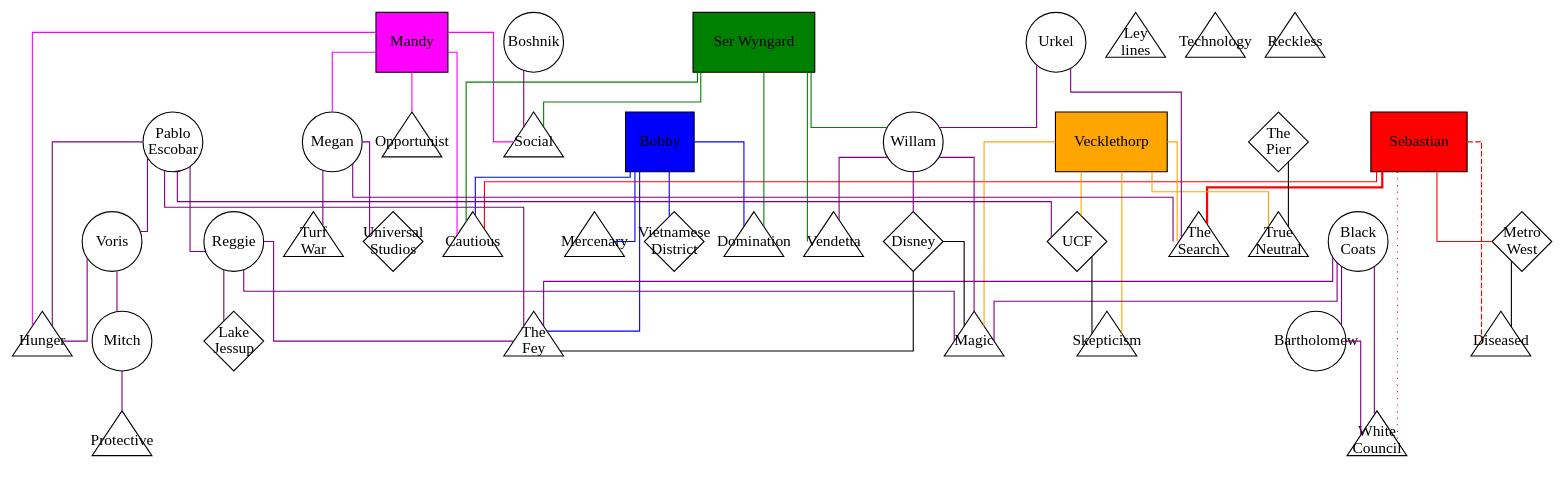
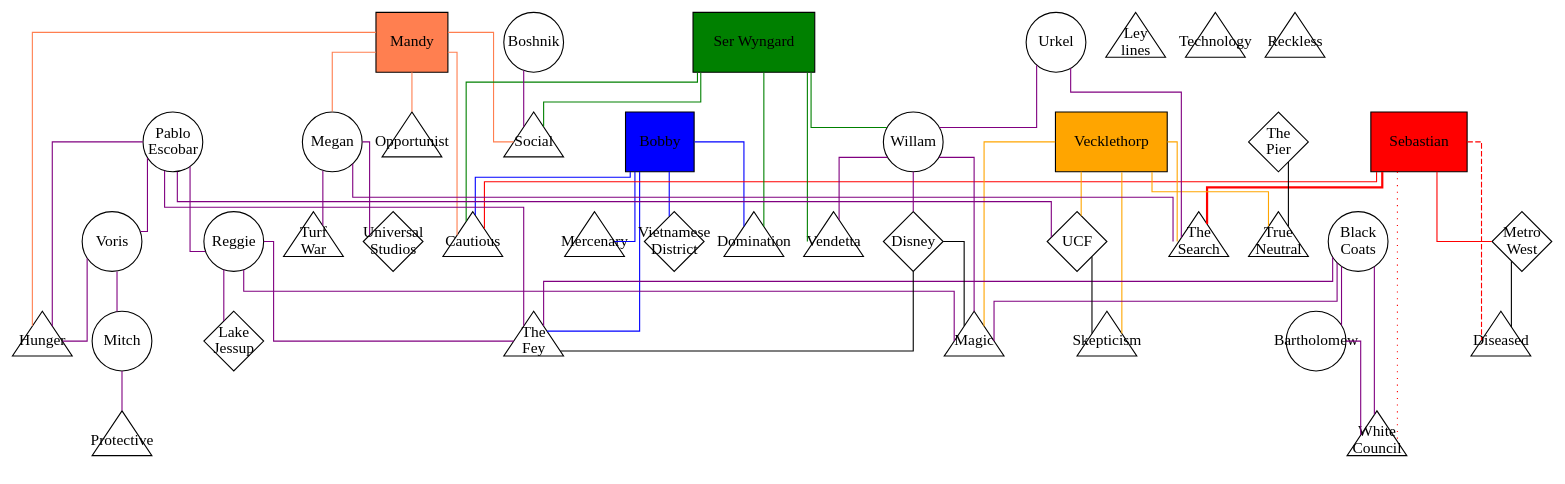
Before and after one commit to stevenvergenz/vergenz-dresden-map: the diagram in might-of-aurora/might-of-aurora.dot, drawn with Graphviz. The commit also changed 1 other file, not shown here.

Commit message:
Changed Mandy's color to be more distinct from purple (NPCs)

```diff
--- a/might-of-aurora/might-of-aurora.dot
+++ b/might-of-aurora/might-of-aurora.dot
@@ -1,192 +1,192 @@
 graph might_of_aurora
 {
 	graph [overlap=scale, splines=ortho]
 	node [fixedsize="true", width="0.75", height="0.75"]
 
 // ==================== PLAYER CHARACTERS ====================
 	subgraph pcs
 	{
 		node [fixedsize="false", shape=box, style="filled"]
-		mandy [label="Mandy", fillcolor="magenta"]
+		mandy [label="Mandy", fillcolor="coral"]
 		bobby [label="Bobby", fillcolor="blue"]
 		sebastian [label="Sebastian", fillcolor="red"]
 		vecklethorp [label="Vecklethorp", fillcolor="orange"]
 		wyngard [label="Ser Wyngard", fillcolor="green"]
 	}
 
 // ==================== ASPECTS ====================
 	subgraph aspects
 	{
 		node [shape=triangle, regular=true]
 		search [label="The\nSearch"]
 		war [label="Turf\nWar"]
 		magic [label="Magic"]
 		fey [label="The\nFey"]
 		lines [label="Ley\nlines"]
 		domination [label="Domination"]
 		vendetta [label="Vendetta"]
 		opportunist [label="Opportunist"]
 		hunger [label="Hunger"]
 		diseased [label="Diseased"]
 		mercenary [label="Mercenary"]
 		council [label="White\nCouncil"]
 		cautious [label="Cautious"]
 		neutral [label="True\nNeutral"]
 		skepticism [label="Skepticism"]
 		social [label="Social"]
 		protective [label="Protective"]
 		technology [label="Technology"]
 		reckless [label="Reckless"]
 	}
 
 // ==================== FACES ====================
 	subgraph faces
 	{
 		node [shape="circle"]
 		urkel [label="Urkel"]
 		megan [label="Megan"]
 		willam [label="Willam"]
 		coats [label="Black\nCoats"]
 		escobar [label="Pablo\nEscobar"]
 		reggie [label="Reggie"]
 		bartholomew [label="Bartholomew"]
 		boshnik [label="Boshnik"]
 		voris [label="Voris"]
 		mitch [label="Mitch"]
 	}
 
 // ==================== LOCATIONS ====================
 	subgraph locations
 	{
 		node [shape="diamond"]
 		ucf [label="UCF"]
 		universal [label="Universal\nStudios"]
 		disney [label="Disney"]
 		pier [label="The\nPier"]
 		metro [label="Metro\nWest"]
 		jessup [label="Lake\nJessup"]
 		viet [label="Vietnamese\nDistrict"]
 	}
 
 // ==================== PLAYER CHARACTER GROUPS ====================
 
 	// Mandy (Travis)
 	subgraph mandy_links
 	{
-		edge [color="magenta"]
-		mandy
+		edge [color="coral"]
+		//mandy
 		mandy -- hunger
 		mandy -- cautious
 		mandy -- opportunist
 		mandy -- social
 		mandy -- megan
 	}
 
 	// Bobby (Steve)
 	subgraph bobby_links
 	{
 		edge [color="blue"]
-		bobby
+		//bobby
 		bobby -- fey
 		bobby -- domination
 		bobby -- cautious
 		bobby -- mercenary
 		bobby -- viet
 	}
 
 	// Sebastian (Roscoe)
 	subgraph sebastian_links
 	{
 		edge [color="red"]
-		sebastian
+		//sebastian
 
 		// High Concept
 		sebastian -- search [style="bold"]
 
 		// Motivation
 		sebastian -- diseased [style="dashed"]
 
 		// Trouble
 		sebastian -- council [style="dotted"]
 
 		// Aspects
 		sebastian -- cautious
 
 		// Locations
 		sebastian -- metro
 
 	}
 
 	// Vecklethorp (Erik)
 	subgraph vecklethorp_links
 	{
 		edge [color="orange"]
-		vecklethorp
+		//vecklethorp
 		vecklethorp -- search
 		vecklethorp -- magic
 		vecklethorp -- neutral
 		vecklethorp -- skepticism
 		vecklethorp -- ucf
 	}
 
 	// Wyngard (Chris)
 	subgraph wyngard_links
 	{
 		edge [color="green"]
-		wyngard
+		//wyngard
 		wyngard -- vendetta
 		wyngard -- domination
 		wyngard -- cautious
 		wyngard -- social
 		wyngard -- willam
 	}
 
 // ==================== FACE GROUPS ====================
 	subgraph face_links
 	{
 		edge [color="purple"]
 		urkel -- search
 		urkel -- willam
 		megan -- search
 		megan -- war
 		megan -- universal
 		willam -- vendetta
 		willam -- disney
 		willam -- magic
 		coats -- magic
 		coats -- bartholomew
 		coats -- council
 		coats -- fey
 		escobar -- ucf
 		escobar -- fey
 		escobar -- voris
 		escobar -- reggie
 		escobar -- hunger
 		reggie -- jessup
 		reggie -- magic
 		reggie -- fey
 		bartholomew -- council
 		boshnik -- social
 		voris -- hunger
 		voris -- mitch
 		mitch -- protective
 	}
 
 // ==================== LOCATION GROUPS ====================
 
 	subgraph location_links
 	{
 		ucf -- skepticism
 		disney -- fey
 		disney -- magic
 		pier -- neutral
 		metro -- diseased
 	}
 
 }
 
 /*graph g {
 	a -- b
 	a [label="hello",shape=ellipse,fillcolor="burlywood",style="filled"];
 	b [label="graphviz",shape=box,fillcolor="palegreen",style="filled,rounded"];
 }*/
```
